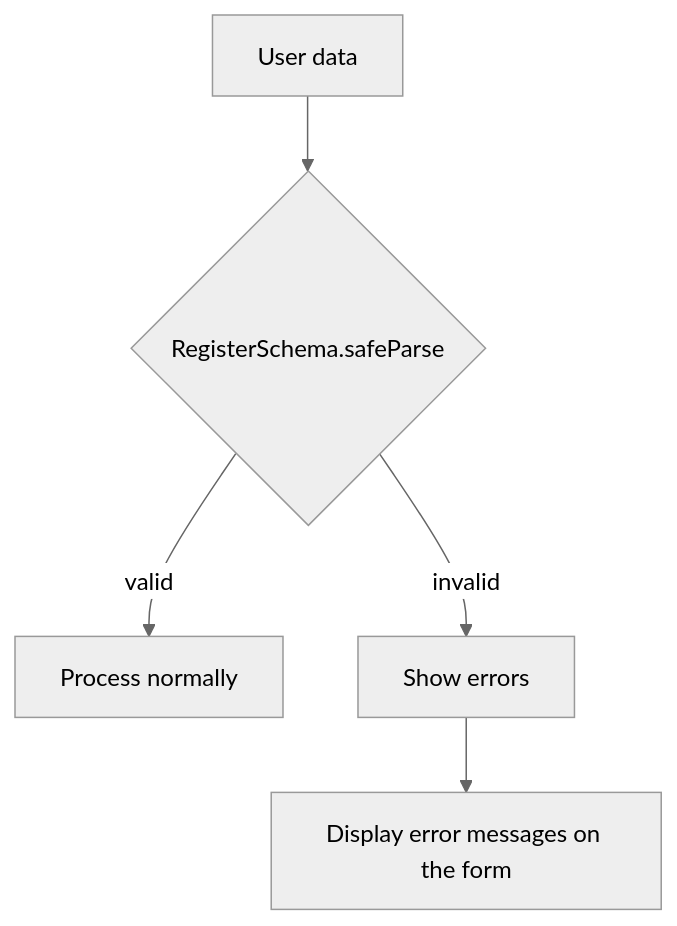
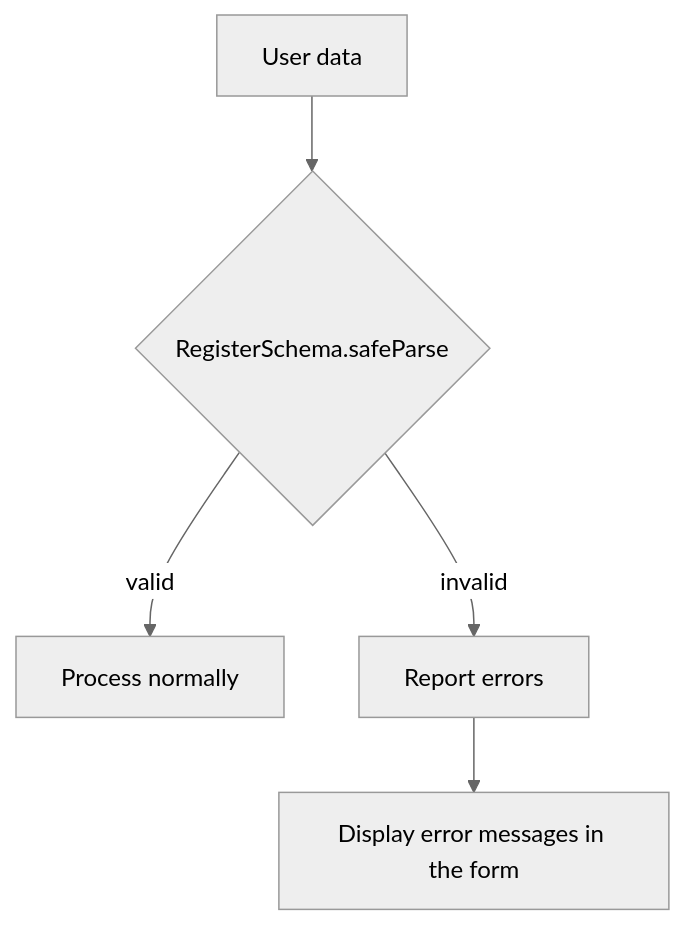
Before and after one commit to RadikeCosa/blog-astro: the diagram in src/content/posts/side-project-nutritional-tracker-3.en.md, drawn with Mermaid (neutral theme). The commit also changed other lines of this file and 13 other files, not shown here.

````diff
--- a/src/content/posts/side-project-nutritional-tracker-3.en.md
+++ b/src/content/posts/side-project-nutritional-tracker-3.en.md
@@ -127,8 +127,8 @@
 ```mermaid
 graph TD
   A[User data] --> B{RegisterSchema.safeParse}
   B -- valid --> C[Process normally]
-  B -- invalid --> D[Show errors]
+  B -- invalid --> D[Report errors]
 
-  D --> E[Display error messages on the form]
+  D --> E[Display error messages in the form]
 ```
````
